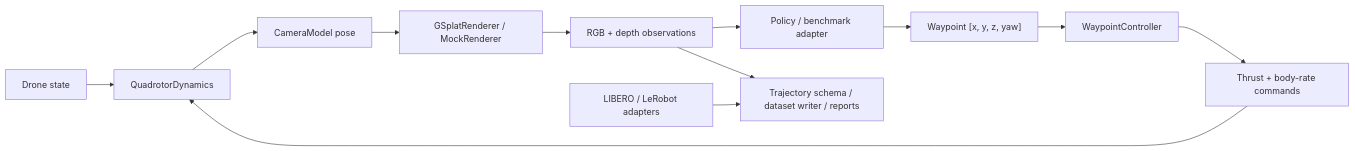
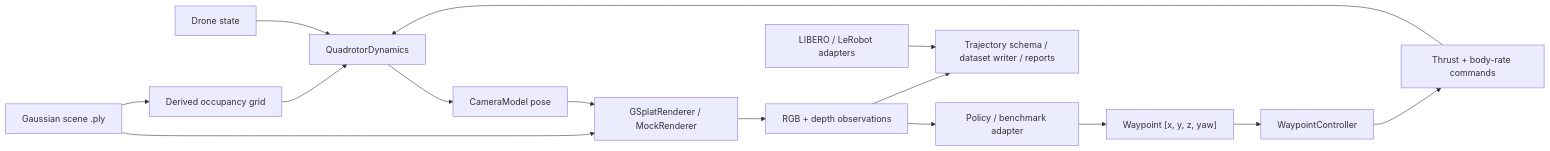
One commit to 09Catho/gs-dronegym changed the diagram in README.md. Above: the diagram before and after it, drawn with Mermaid. The commit also changed other lines of this file, not shown here.

````diff
--- a/README.md
+++ b/README.md
@@ -346,14 +349,17 @@
 ```mermaid
 flowchart LR
     A["Drone state"] --> B["QuadrotorDynamics"]
     B --> C["CameraModel pose"]
     C --> D["GSplatRenderer / MockRenderer"]
+    S["Gaussian scene .ply"] --> D
+    S --> O["Derived occupancy grid"]
+    O --> B
     D --> E["RGB + depth observations"]
     E --> F["Policy / benchmark adapter"]
     F --> G["Waypoint [x, y, z, yaw]"]
     G --> H["WaypointController"]
     H --> I["Thrust + body-rate commands"]
     I --> B
     E --> J["Trajectory schema / dataset writer / reports"]
     K["LIBERO / LeRobot adapters"] --> J
 ```
````
